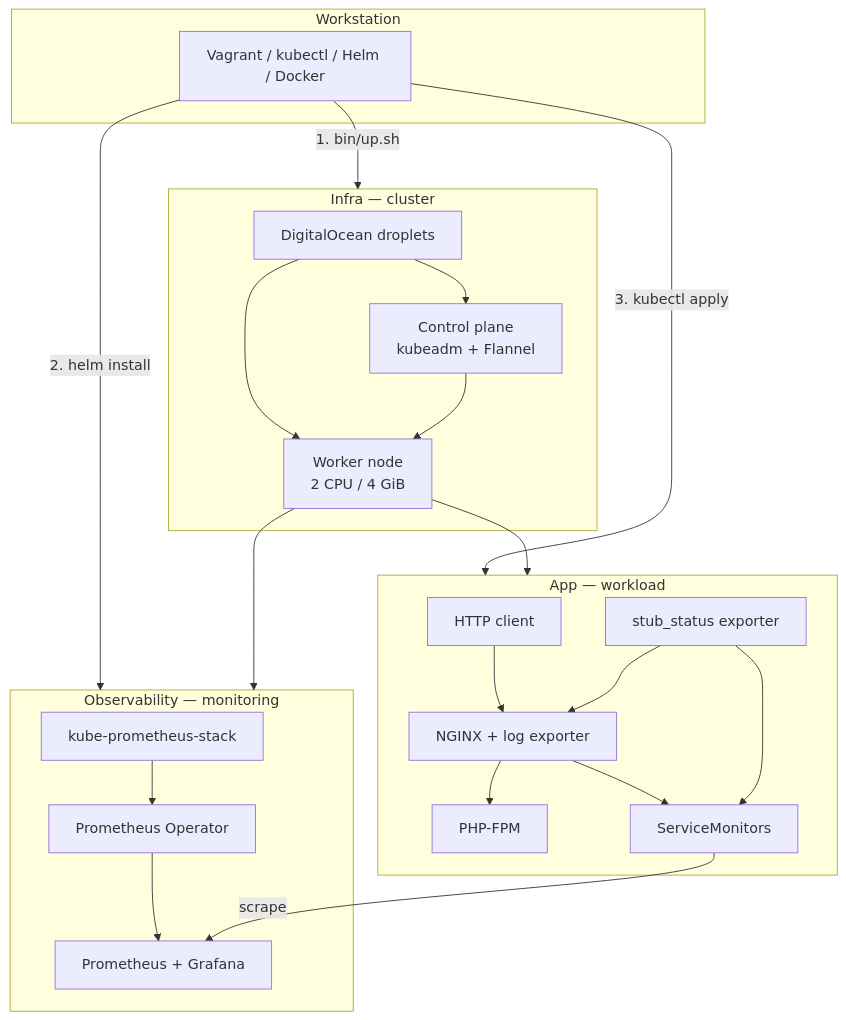
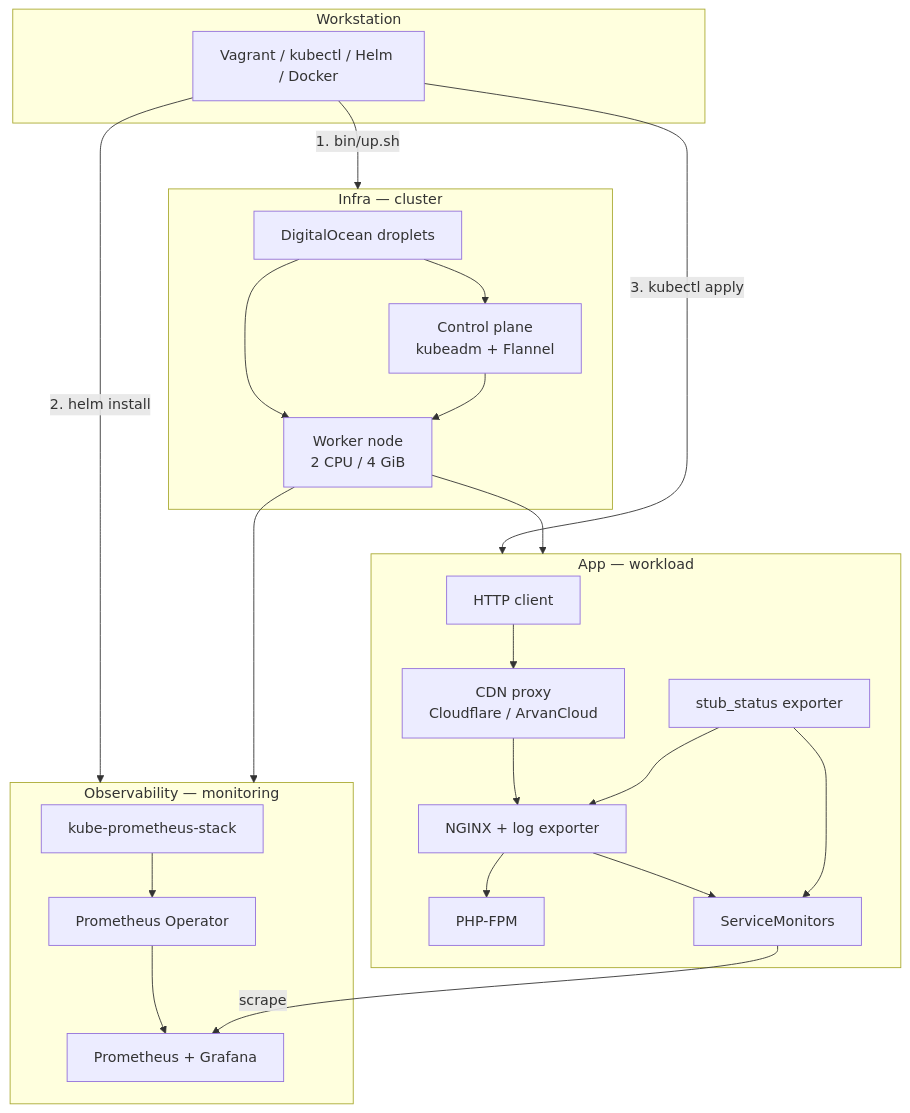
One commit to maleki-it/forge changed the diagram in README.md. Above: the diagram before and after it, drawn with Mermaid. The commit also changed other lines of this file and 1 other file, not shown here.

````diff
--- a/README.md
+++ b/README.md
@@ -9,41 +9,42 @@
 ```mermaid
 flowchart TB
     subgraph Workstation
         Dev["Vagrant / kubectl / Helm / Docker"]
     end
 
     subgraph Infra["Infra — cluster"]
         DO["DigitalOcean droplets"]
         Master["Control plane<br/>kubeadm + Flannel"]
         Worker["Worker node<br/>2 CPU / 4 GiB"]
         DO --> Master
         DO --> Worker
         Master --> Worker
     end
 
     subgraph Observability["Observability — monitoring"]
         Helm["kube-prometheus-stack"]
         Op["Prometheus Operator"]
         Prom["Prometheus + Grafana"]
         Helm --> Op --> Prom
     end
 
     subgraph App["App — workload"]
         Client["HTTP client"]
+        CDN["CDN proxy<br/>Cloudflare / ArvanCloud"]
         Nginx["NGINX + log exporter"]
         PHP["PHP-FPM"]
         Stub["stub_status exporter"]
         SM["ServiceMonitors"]
-        Client --> Nginx --> PHP
+        Client --> CDN --> Nginx --> PHP
         Stub --> Nginx
         Nginx --> SM
         Stub --> SM
     end
 
     Dev -->|"1. bin/up.sh"| Infra
     Dev -->|"2. helm install"| Observability
     Dev -->|"3. kubectl apply"| App
     Worker --> Observability
     Worker --> App
     SM -->|"scrape"| Prom
 ```
````
